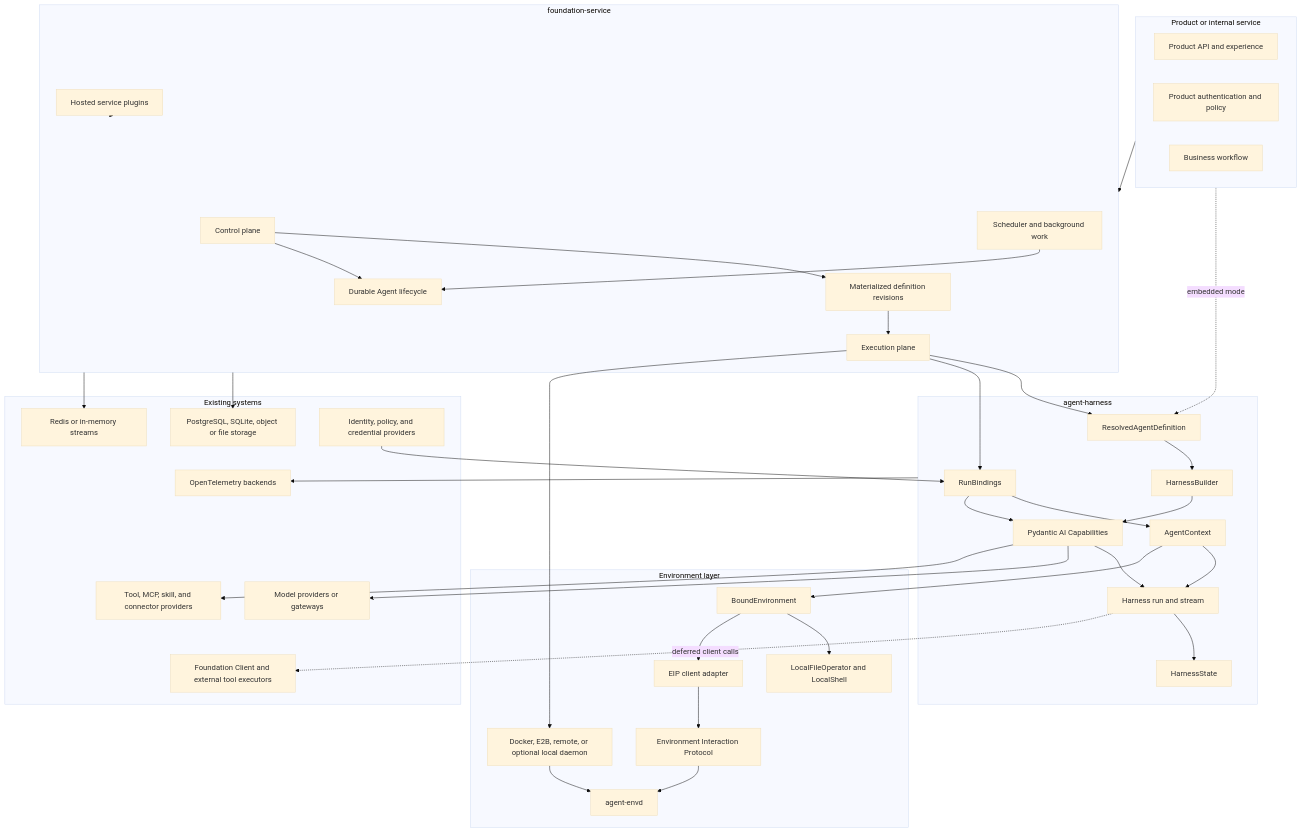
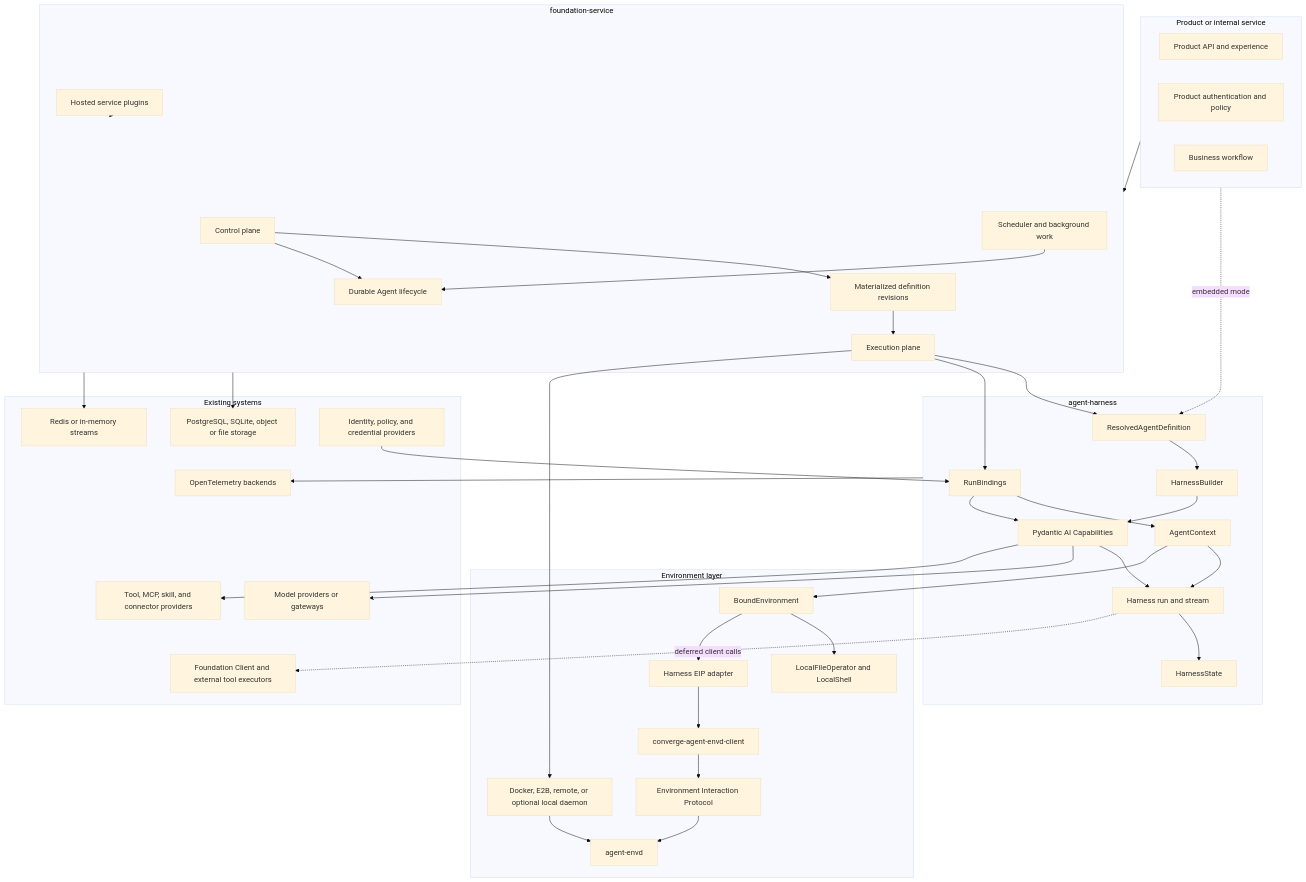
One commit to LTThreeComma/agent-foundation changed the first of 4 diagrams in spec/README.md. Above: the diagram before and after it, drawn with Mermaid (base theme). The commit also changed other lines of this file and 54 other files, not shown here.

````diff
--- a/spec/README.md
+++ b/spec/README.md
@@ -17,66 +17,67 @@
 ```mermaid
 flowchart TB
     subgraph Product[Product or internal service]
         API[Product API and experience]
         Policy[Product authentication and policy]
         Workflow[Business workflow]
     end
 
     subgraph Service[foundation-service]
         Control[Control plane]
         Definitions[Materialized definition revisions]
         Execution[Execution plane]
         Lifecycle[Durable Agent lifecycle]
         Scheduler[Scheduler and background work]
         ServicePlugins[Hosted service plugins]
     end
 
     subgraph Harness[agent-harness]
         Plan[ResolvedAgentDefinition]
         Builder[HarnessBuilder]
         Bindings[RunBindings]
         Context[AgentContext]
         Capabilities[Pydantic AI Capabilities]
         Run[Harness run and stream]
         State[HarnessState]
     end
 
     subgraph Environment[Environment layer]
         Bound[BoundEnvironment]
         Local[LocalFileOperator and LocalShell]
-        EIPClient[EIP client adapter]
+        EIPAdapter[Harness EIP adapter]
+        EIPClient[converge-agent-envd-client]
         EIP[Environment Interaction Protocol]
         Envd[agent-envd]
         ProviderProfiles[Docker, E2B, remote, or optional local daemon]
     end
 
     subgraph External[Existing systems]
         Models[Model providers or gateways]
         Tools[Tool, MCP, skill, and connector providers]
         Stores[PostgreSQL, SQLite, object or file storage]
         Streams[Redis or in-memory streams]
         Identity[Identity, policy, and credential providers]
         Clients[Foundation Client and external tool executors]
         OTel[OpenTelemetry backends]
     end
 
     Product --> Service
     Product -. embedded mode .-> Plan
     Control --> Definitions --> Execution
     Control --> Lifecycle
     Scheduler --> Lifecycle
     ServicePlugins --> Service
     Execution --> Plan --> Builder --> Capabilities
     Execution --> Bindings
     Identity --> Bindings
     Bindings --> Context & Capabilities
     Context & Capabilities --> Run --> State
     Capabilities --> Models & Tools
     Run -. deferred client calls .-> Clients
     Context --> Bound
     Bound --> Local
-    Bound --> EIPClient --> EIP --> Envd
+    Bound --> EIPAdapter --> EIPClient --> EIP --> Envd
     Execution --> ProviderProfiles --> Envd
     Service --> Stores & Streams
     Harness --> OTel
 ```
````
